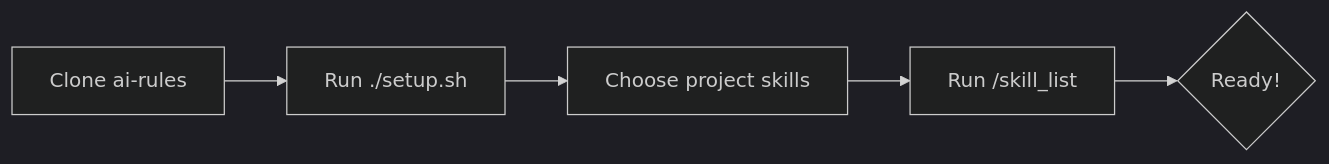
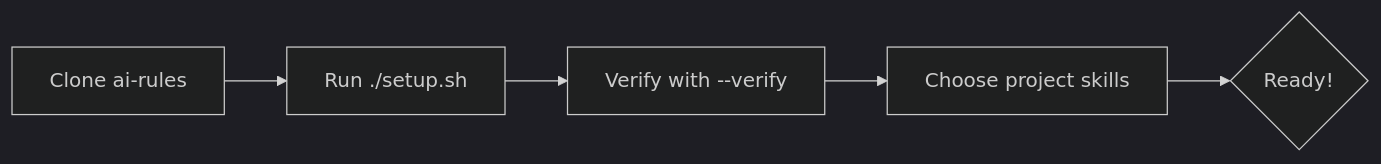
One commit to migasfree/ai-rules changed the diagram in BOARDING.md. Above: the diagram before and after it, drawn with Mermaid (dark theme). The commit also changed other lines of this file and 2 other files, not shown here.

Commit message:
feat(ops): add installation verification mode to setup.sh
- Refactor setup.sh to support -v/--verify flag.
- Implement version-checking logic based on YAML frontmatter.
- Improve visual feedback (colored status icons) during installation and verification.
- Update README.md and BOARDING.md with verification instructions and ADR context.

````diff
--- a/BOARDING.md
+++ b/BOARDING.md
@@ -17,7 +17,7 @@
 ```mermaid
 graph LR
     A[Clone ai-rules] --> B[Run ./setup.sh]
-    B --> C[Choose project skills]
-    C --> D[Run /skill_list]
+    B --> C[Verify with --verify]
+    C --> D[Choose project skills]
     D --> E{Ready!}
 ```
````
